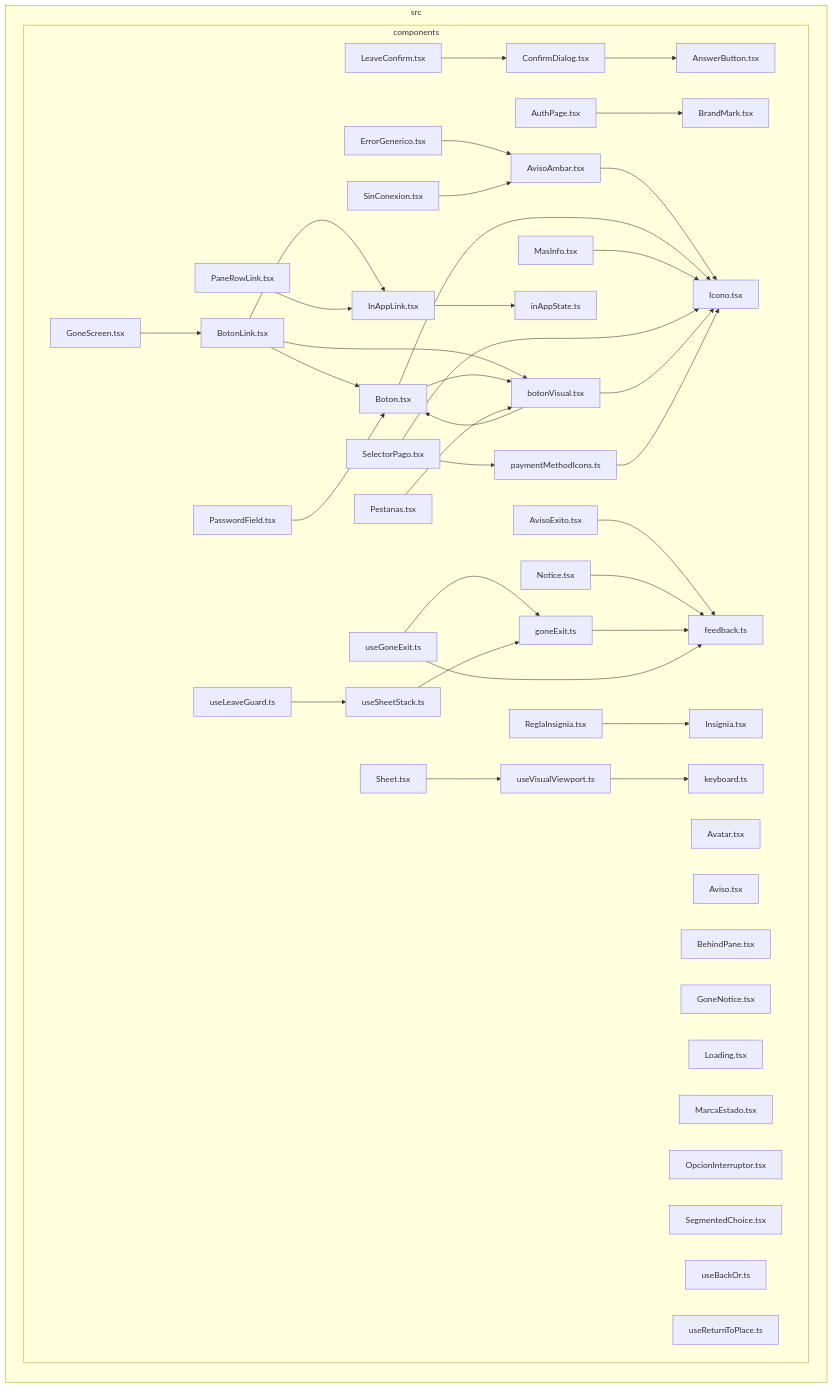
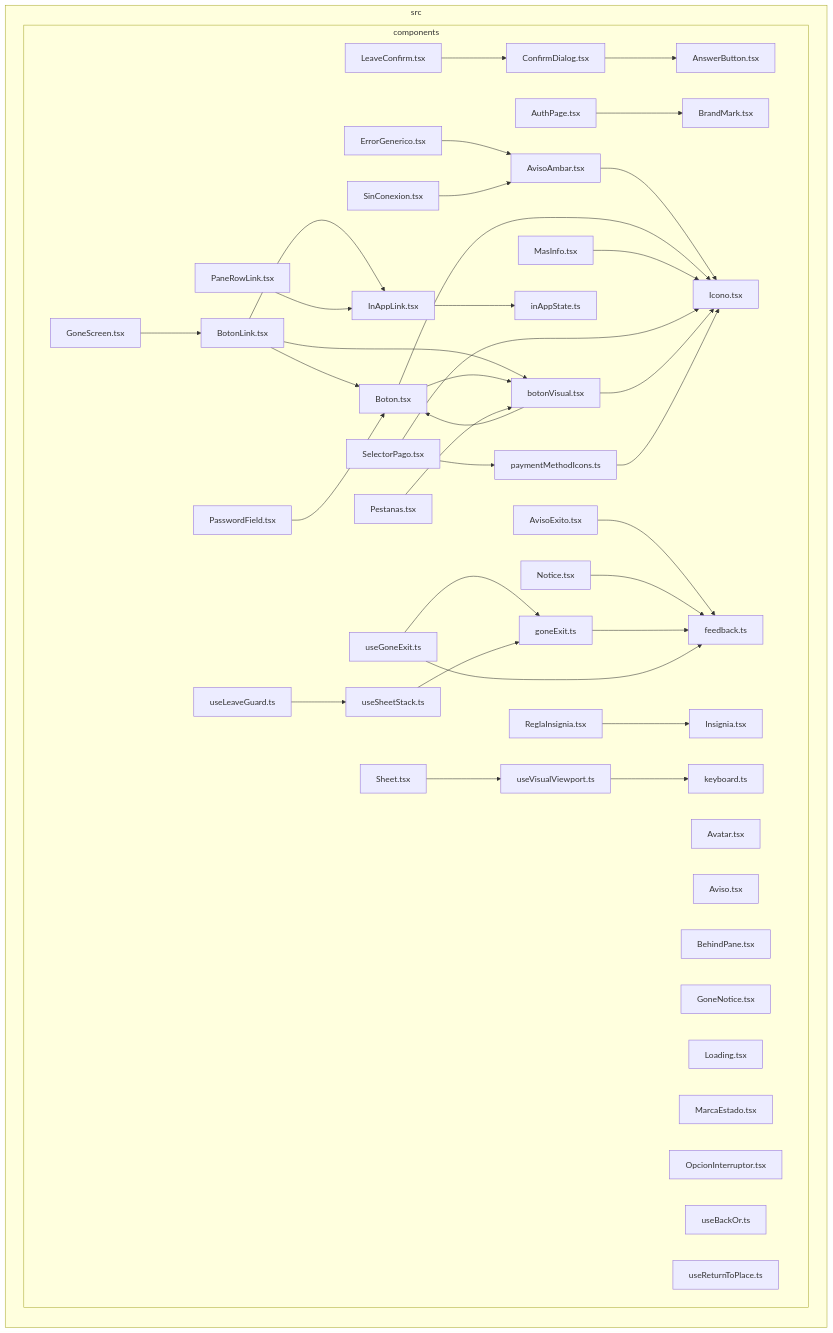
The diagram in docs/architecture/generated/front-modules/components.md (GonzaloZevallos/apostrophe), drawn with Mermaid before and after one commit. The commit also changed 11 other files, not shown here.

````diff
--- a/docs/architecture/generated/front-modules/components.md
+++ b/docs/architecture/generated/front-modules/components.md
@@ -7,82 +7,81 @@
 ```mermaid
 flowchart LR
 subgraph src["src"]
   subgraph src_components["components"]
     src_components_AnswerButton_tsx["AnswerButton.tsx"]
     src_components_AuthPage_tsx["AuthPage.tsx"]
     src_components_Avatar_tsx["Avatar.tsx"]
     src_components_AvisoAmbar_tsx["AvisoAmbar.tsx"]
     src_components_AvisoExito_tsx["AvisoExito.tsx"]
     src_components_Aviso_tsx["Aviso.tsx"]
     src_components_BehindPane_tsx["BehindPane.tsx"]
     src_components_BotonLink_tsx["BotonLink.tsx"]
     src_components_Boton_tsx["Boton.tsx"]
     src_components_BrandMark_tsx["BrandMark.tsx"]
     src_components_ConfirmDialog_tsx["ConfirmDialog.tsx"]
     src_components_ErrorGenerico_tsx["ErrorGenerico.tsx"]
     src_components_GoneNotice_tsx["GoneNotice.tsx"]
     src_components_GoneScreen_tsx["GoneScreen.tsx"]
     src_components_Icono_tsx["Icono.tsx"]
     src_components_InAppLink_tsx["InAppLink.tsx"]
     src_components_Insignia_tsx["Insignia.tsx"]
     src_components_LeaveConfirm_tsx["LeaveConfirm.tsx"]
     src_components_Loading_tsx["Loading.tsx"]
     src_components_MarcaEstado_tsx["MarcaEstado.tsx"]
     src_components_MasInfo_tsx["MasInfo.tsx"]
     src_components_Notice_tsx["Notice.tsx"]
     src_components_OpcionInterruptor_tsx["OpcionInterruptor.tsx"]
     src_components_PaneRowLink_tsx["PaneRowLink.tsx"]
     src_components_PasswordField_tsx["PasswordField.tsx"]
     src_components_Pestanas_tsx["Pestanas.tsx"]
     src_components_ReglaInsignia_tsx["ReglaInsignia.tsx"]
-    src_components_SegmentedChoice_tsx["SegmentedChoice.tsx"]
     src_components_SelectorPago_tsx["SelectorPago.tsx"]
     src_components_Sheet_tsx["Sheet.tsx"]
     src_components_SinConexion_tsx["SinConexion.tsx"]
     src_components_botonVisual_tsx["botonVisual.tsx"]
     src_components_feedback_ts["feedback.ts"]
     src_components_goneExit_ts["goneExit.ts"]
     src_components_inAppState_ts["inAppState.ts"]
     src_components_keyboard_ts["keyboard.ts"]
     src_components_paymentMethodIcons_ts["paymentMethodIcons.ts"]
     src_components_useBackOr_ts["useBackOr.ts"]
     src_components_useGoneExit_ts["useGoneExit.ts"]
     src_components_useLeaveGuard_ts["useLeaveGuard.ts"]
     src_components_useReturnToPlace_ts["useReturnToPlace.ts"]
     src_components_useSheetStack_ts["useSheetStack.ts"]
     src_components_useVisualViewport_ts["useVisualViewport.ts"]
   end
 end
 src_components_AuthPage_tsx-->src_components_BrandMark_tsx
 src_components_AvisoAmbar_tsx-->src_components_Icono_tsx
 src_components_AvisoExito_tsx-->src_components_feedback_ts
 src_components_BotonLink_tsx-->src_components_Boton_tsx
 src_components_BotonLink_tsx-->src_components_InAppLink_tsx
 src_components_BotonLink_tsx-->src_components_botonVisual_tsx
 src_components_Boton_tsx-->src_components_Icono_tsx
 src_components_Boton_tsx-->src_components_botonVisual_tsx
 src_components_ConfirmDialog_tsx-->src_components_AnswerButton_tsx
 src_components_ErrorGenerico_tsx-->src_components_AvisoAmbar_tsx
 src_components_GoneScreen_tsx-->src_components_BotonLink_tsx
 src_components_InAppLink_tsx-->src_components_inAppState_ts
 src_components_LeaveConfirm_tsx-->src_components_ConfirmDialog_tsx
 src_components_MasInfo_tsx-->src_components_Icono_tsx
 src_components_Notice_tsx-->src_components_feedback_ts
 src_components_PaneRowLink_tsx-->src_components_InAppLink_tsx
 src_components_PasswordField_tsx-->src_components_Boton_tsx
 src_components_Pestanas_tsx-->src_components_botonVisual_tsx
 src_components_ReglaInsignia_tsx-->src_components_Insignia_tsx
 src_components_SelectorPago_tsx-->src_components_Icono_tsx
 src_components_SelectorPago_tsx-->src_components_paymentMethodIcons_ts
 src_components_Sheet_tsx-->src_components_useVisualViewport_ts
 src_components_SinConexion_tsx-->src_components_AvisoAmbar_tsx
 src_components_botonVisual_tsx-->src_components_Boton_tsx
 src_components_botonVisual_tsx-->src_components_Icono_tsx
 src_components_goneExit_ts-->src_components_feedback_ts
 src_components_paymentMethodIcons_ts-->src_components_Icono_tsx
 src_components_useGoneExit_ts-->src_components_feedback_ts
 src_components_useGoneExit_ts-->src_components_goneExit_ts
 src_components_useLeaveGuard_ts-->src_components_useSheetStack_ts
 src_components_useSheetStack_ts-->src_components_goneExit_ts
 src_components_useVisualViewport_ts-->src_components_keyboard_ts
 ```
````
